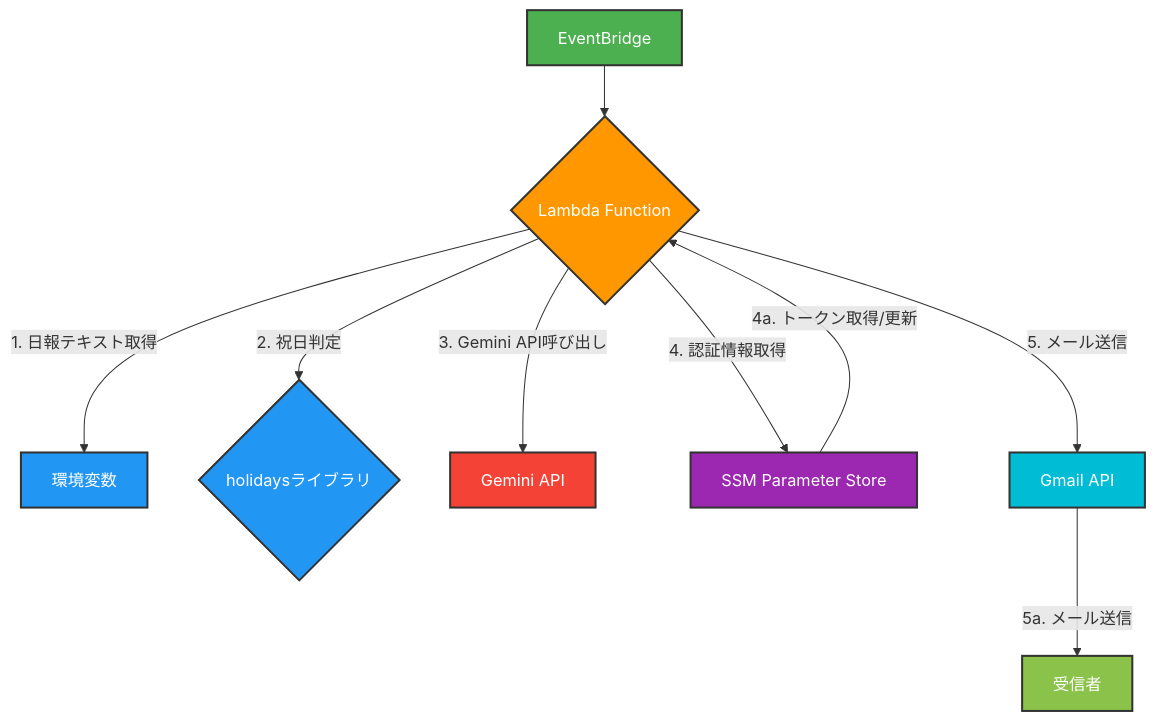
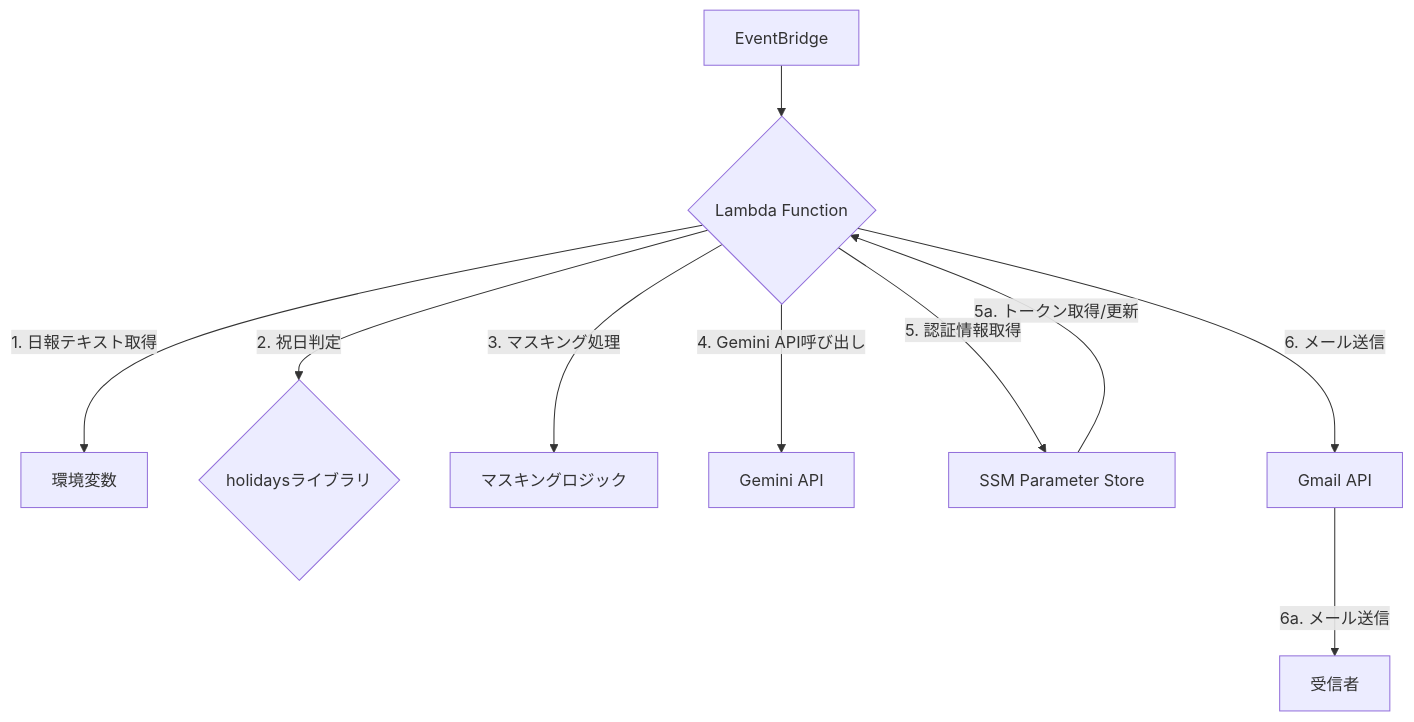
The first of 2 diagrams in docs/日報自動送信処理 基本設計書.md (takeshiyoshida76-cell/takeshiyoshida76), drawn with Mermaid before and after one commit. The commit also changed other lines of this file, not shown here.

````diff
--- a/docs/日報自動送信処理 基本設計書.md
+++ b/docs/日報自動送信処理 基本設計書.md
@@ -19,19 +23,12 @@
 ```mermaid
 graph TD
     A[EventBridge] --> B{Lambda Function};
     B -- 1. 日報テキスト取得 --> C[環境変数];
     B -- 2. 祝日判定 --> D{holidaysライブラリ};
-    B -- 3. Gemini API呼び出し --> E[Gemini API];
-     B -- 4. 認証情報取得 --> F[SSM Parameter Store];
-    F -- 4a. トークン取得/更新 --> B;
-    B -- 5. メール送信 --> G[Gmail API];
-    G -- 5a. メール送信 --> H[受信者];
-    style A fill:#4CAF50,stroke:#333,stroke-width:2px,color:#fff
-    style B fill:#FF9800,stroke:#333,stroke-width:2px,color:#fff
-    style C fill:#2196F3,stroke:#333,stroke-width:2px,color:#fff
-    style D fill:#2196F3,stroke:#333,stroke-width:2px,color:#fff
-    style E fill:#F44336,stroke:#333,stroke-width:2px,color:#fff
-    style F fill:#9C27B0,stroke:#333,stroke-width:2px,color:#fff
-    style G fill:#00BCD4,stroke:#333,stroke-width:2px,color:#fff
-    style H fill:#8BC34A,stroke:#333,stroke-width:2px,color:#fff
+    B -- 3. マスキング処理 --> M[マスキングロジック];
+    B -- 4. Gemini API呼び出し --> E[Gemini API];
+    B -- 5. 認証情報取得 --> F[SSM Parameter Store];
+    F -- 5a. トークン取得/更新 --> B;
+    B -- 6. メール送信 --> G[Gmail API];
+    G -- 6a. メール送信 --> H[受信者];
 ```
````
